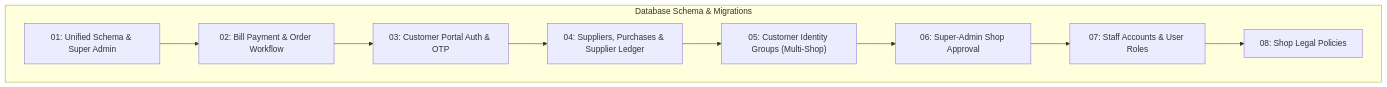
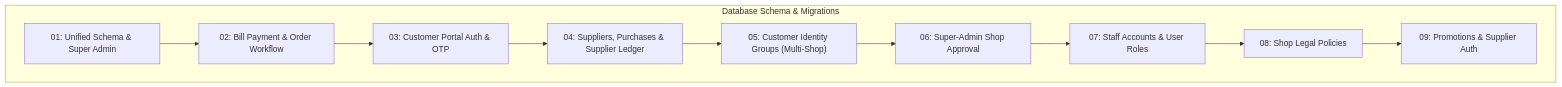
The diagram in PRODUCTION_CLEANUP_REPORT.md (nsyumnt-rgb/nsyu), drawn with Mermaid before and after one commit. The commit also changed other lines of this file and 24 other files, not shown here.

````diff
--- a/PRODUCTION_CLEANUP_REPORT.md
+++ b/PRODUCTION_CLEANUP_REPORT.md
@@ -64,12 +65,13 @@
 ```mermaid
 flowchart TD
     subgraph MIGRATIONS ["Database Schema & Migrations"]
         M1["01: Unified Schema & Super Admin"] --> M2["02: Bill Payment & Order Workflow"]
         M2 --> M3["03: Customer Portal Auth & OTP"]
         M3 --> M4["04: Suppliers, Purchases & Supplier Ledger"]
         M4 --> M5["05: Customer Identity Groups (Multi-Shop)"]
         M5 --> M6["06: Super-Admin Shop Approval"]
         M6 --> M7["07: Staff Accounts & User Roles"]
         M7 --> M8["08: Shop Legal Policies"]
+        M8 --> M9["09: Promotions & Supplier Auth"]
     end
 ```
````
